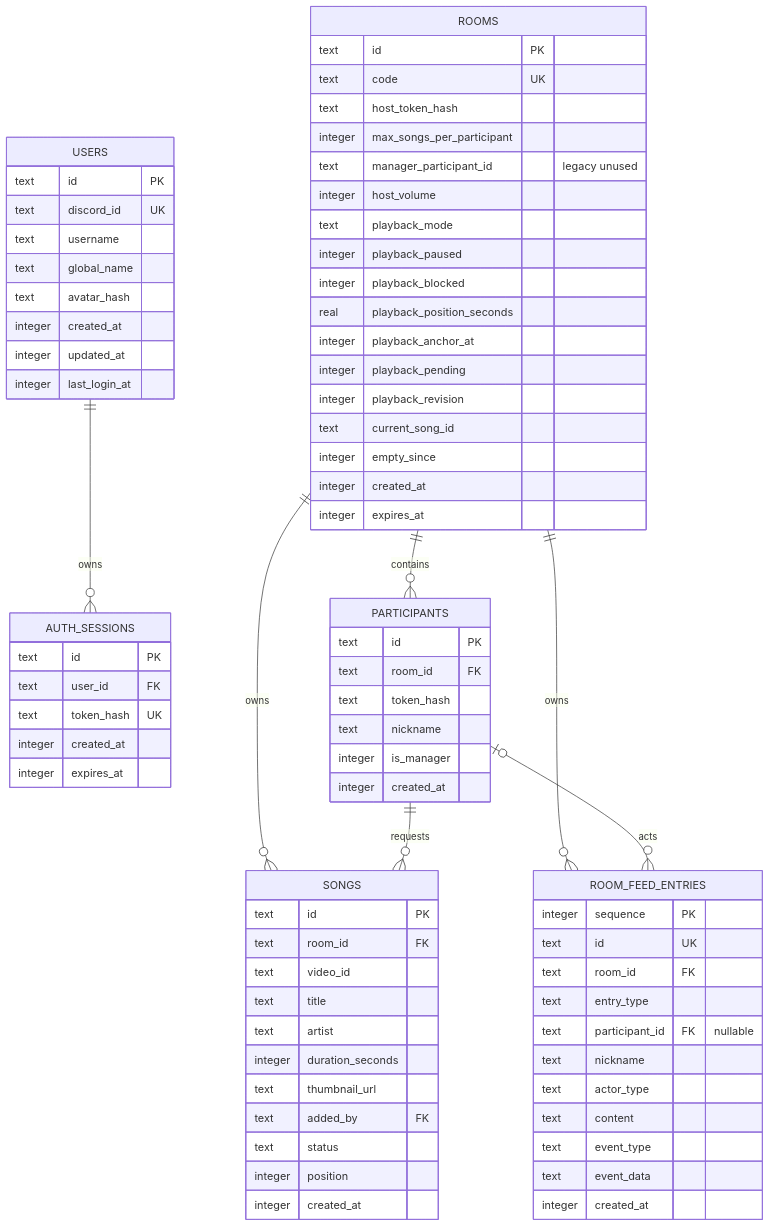
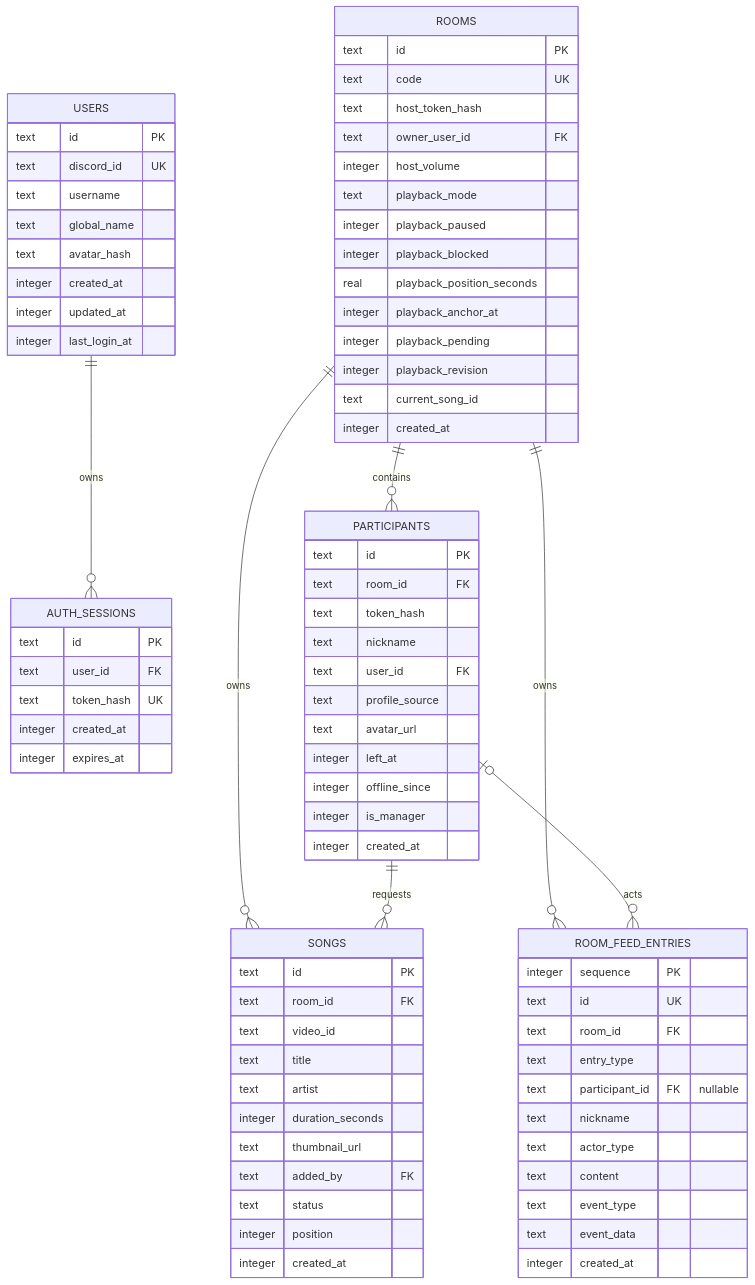
The first of 2 diagrams in docs/DATA_MODEL.md (whitekw/jukebox), drawn with Mermaid before and after one commit. The commit also changed other lines of this file and 27 other files, not shown here.

```diff
--- a/docs/DATA_MODEL.md
+++ b/docs/DATA_MODEL.md
@@ -36,8 +36,7 @@
         text id PK
         text code UK
         text host_token_hash
-        integer max_songs_per_participant
-        text manager_participant_id "legacy unused"
+        text owner_user_id FK
         integer host_volume
         text playback_mode
         integer playback_paused
@@ -47,9 +46,7 @@
         integer playback_pending
         integer playback_revision
         text current_song_id
-        integer empty_since
         integer created_at
-        integer expires_at
     }
 
     PARTICIPANTS {
@@ -57,6 +54,11 @@
         text room_id FK
         text token_hash
         text nickname
+        text user_id FK
+        text profile_source
+        text avatar_url
+        integer left_at
+        integer offline_since
         integer is_manager
         integer created_at
     }
```
